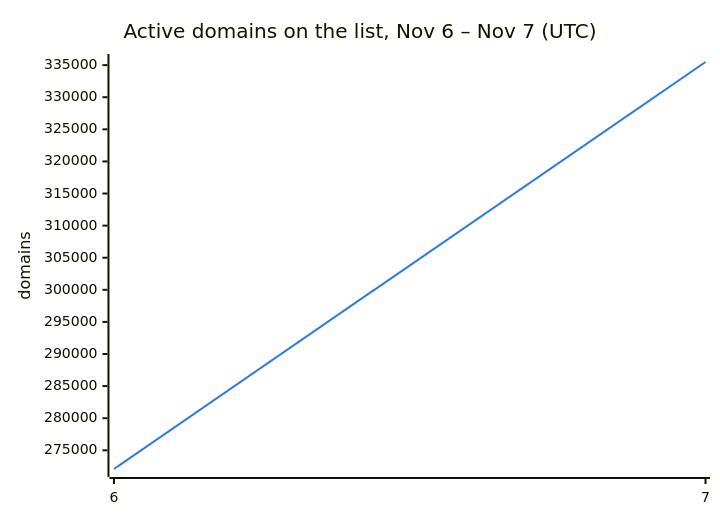
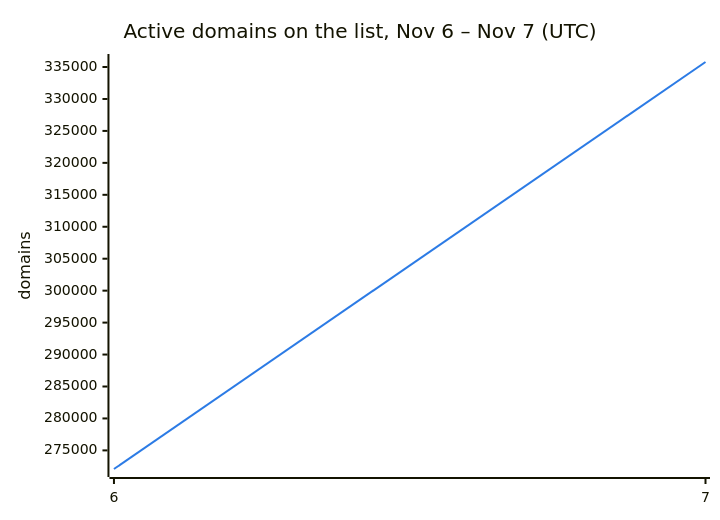
One commit to DNSBunker/CTI changed the second of 3 diagrams in README.md. Above: the diagram before and after it, drawn with Mermaid. The commit also changed other lines of this file and 3 other files, not shown here.

````diff
--- a/README.md
+++ b/README.md
@@ -38,8 +38,8 @@
 ```mermaid
 %%{init: {"themeVariables": {"xyChart": {"plotColorPalette": "#2c7be5"}}}}%%
 xychart-beta
     title "Active domains on the list, Nov 6 – Nov 7 (UTC)"
     x-axis ["6", "7"]
     y-axis "domains"
-    line [272088, 335487]
+    line [272088, 335786]
 ```
````
